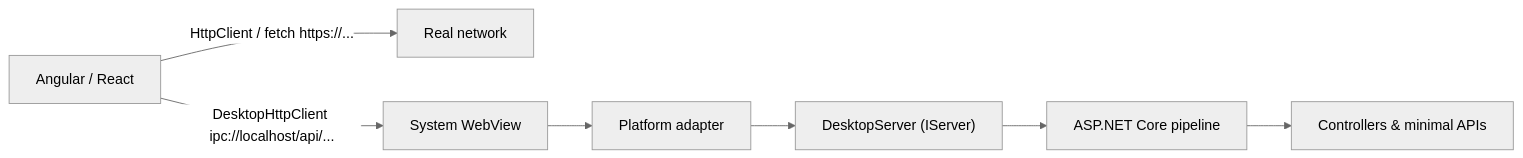
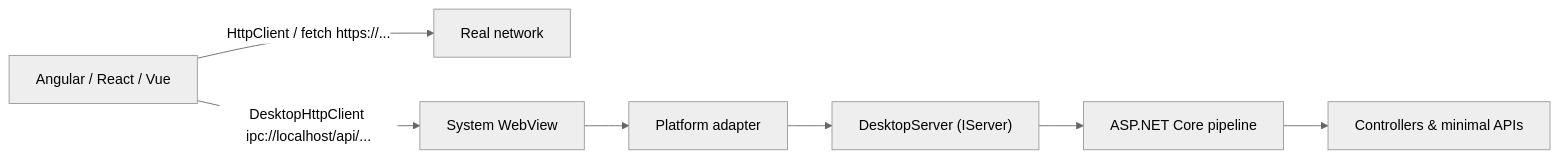
Before and after one commit to armanossiloko/aspnet-desktop: the diagram in README.md, drawn with Mermaid (neutral theme). The commit also changed other lines of this file and 37 other files, not shown here.

First line of the commit message:
feat: add React and Vue integrations and the aspnetdesktop-vue template

````diff
--- a/README.md
+++ b/README.md
@@ -19,10 +19,10 @@
 ```mermaid
 flowchart LR
-  spa[Angular / React]
+  spa[Angular / React / Vue]
   spa -->|"HttpClient / fetch https://..."| net[Real network]
   spa -->|"DesktopHttpClient ipc://localhost/api/..."| webview[System WebView]
   webview --> adapter[Platform adapter]
   adapter --> server["DesktopServer (IServer)"]
   server --> pipeline[ASP.NET Core pipeline]
   pipeline --> mvc[Controllers & minimal APIs]
 ```
````
